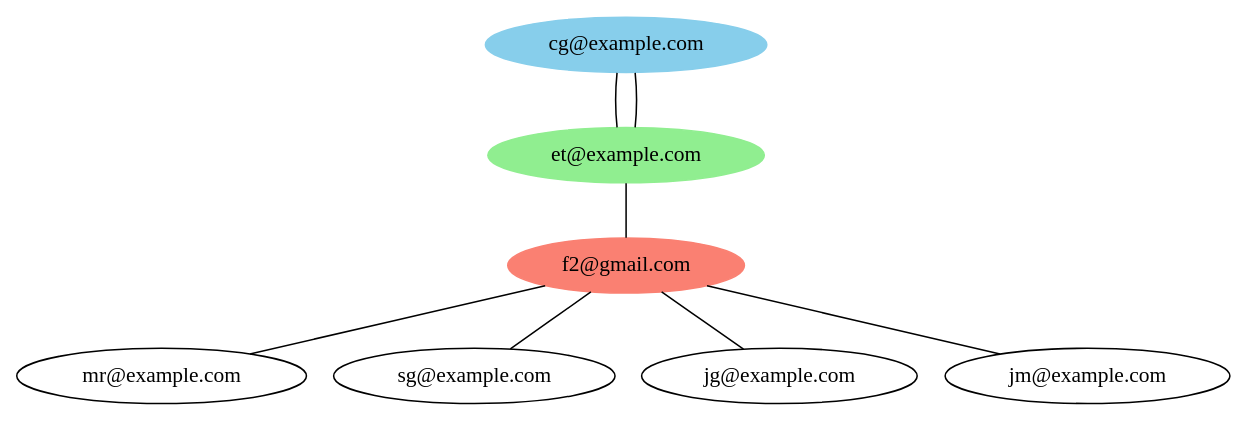
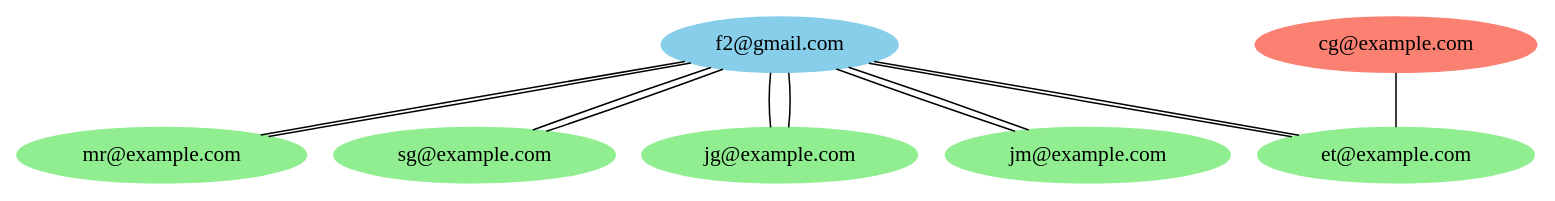
Before and after one commit to Kevin-alvarez1/PROYECTO_MULTIFASES_RED_SOCIAL: the diagram in Fase3/main/build/Desktop_Qt_6_7_2_MinGW_64_bit-Debug/grafo_Amistades_Sugerencias.dot, drawn with Graphviz. The commit also changed 45 other files, not shown here.

```diff
--- a/Fase3/main/build/Desktop_Qt_6_7_2_MinGW_64_bit-Debug/grafo_Amistades_Sugerencias.dot
+++ b/Fase3/main/build/Desktop_Qt_6_7_2_MinGW_64_bit-Debug/grafo_Amistades_Sugerencias.dot
@@ -1,16 +1,20 @@
 digraph G {
-"cg@example.com" [label="cg@example.com" color="skyblue", style=filled];
+"f2@gmail.com" [label="f2@gmail.com" color="skyblue", style=filled];
+"mr@example.com" [label="mr@example.com" color="lightgreen", style=filled];
+"f2@gmail.com" -> "mr@example.com" [dir=none];
+"sg@example.com" [label="sg@example.com" color="lightgreen", style=filled];
+"f2@gmail.com" -> "sg@example.com" [dir=none];
+"jg@example.com" [label="jg@example.com" color="lightgreen", style=filled];
+"f2@gmail.com" -> "jg@example.com" [dir=none];
+"jm@example.com" [label="jm@example.com" color="lightgreen", style=filled];
+"f2@gmail.com" -> "jm@example.com" [dir=none];
 "et@example.com" [label="et@example.com" color="lightgreen", style=filled];
-"cg@example.com" -> "et@example.com" [dir=none];
-"f2@gmail.com" [label="f2@gmail.com" color="salmon", style=filled];
+"f2@gmail.com" -> "et@example.com" [dir=none];
+"cg@example.com" [label="cg@example.com" color="salmon", style=filled];
 "f2@gmail.com" -> "mr@example.com"[dir=none];
 "f2@gmail.com" -> "sg@example.com"[dir=none];
 "f2@gmail.com" -> "jg@example.com"[dir=none];
 "f2@gmail.com" -> "jm@example.com"[dir=none];
-"mr@example.com"[label="mr@example.com"];
-"sg@example.com"[label="sg@example.com"];
-"jg@example.com"[label="jg@example.com"];
-"jm@example.com"[label="jm@example.com"];
 "et@example.com" -> "f2@gmail.com"[dir=none];
 "cg@example.com" -> "et@example.com"[dir=none];
 }
```
